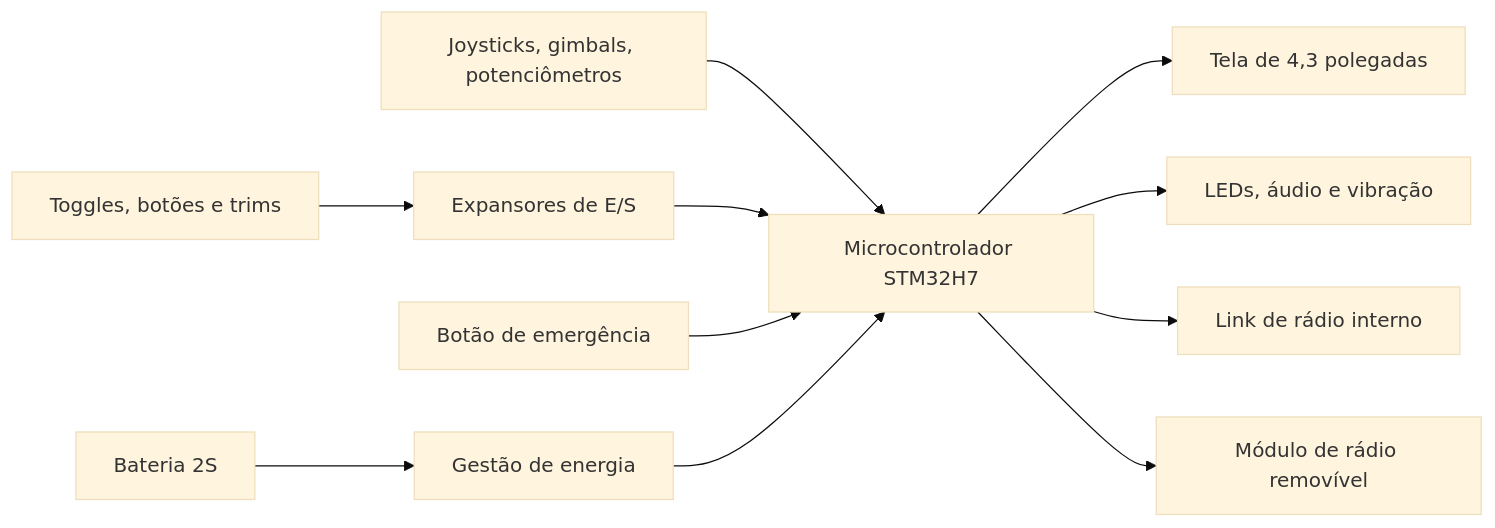
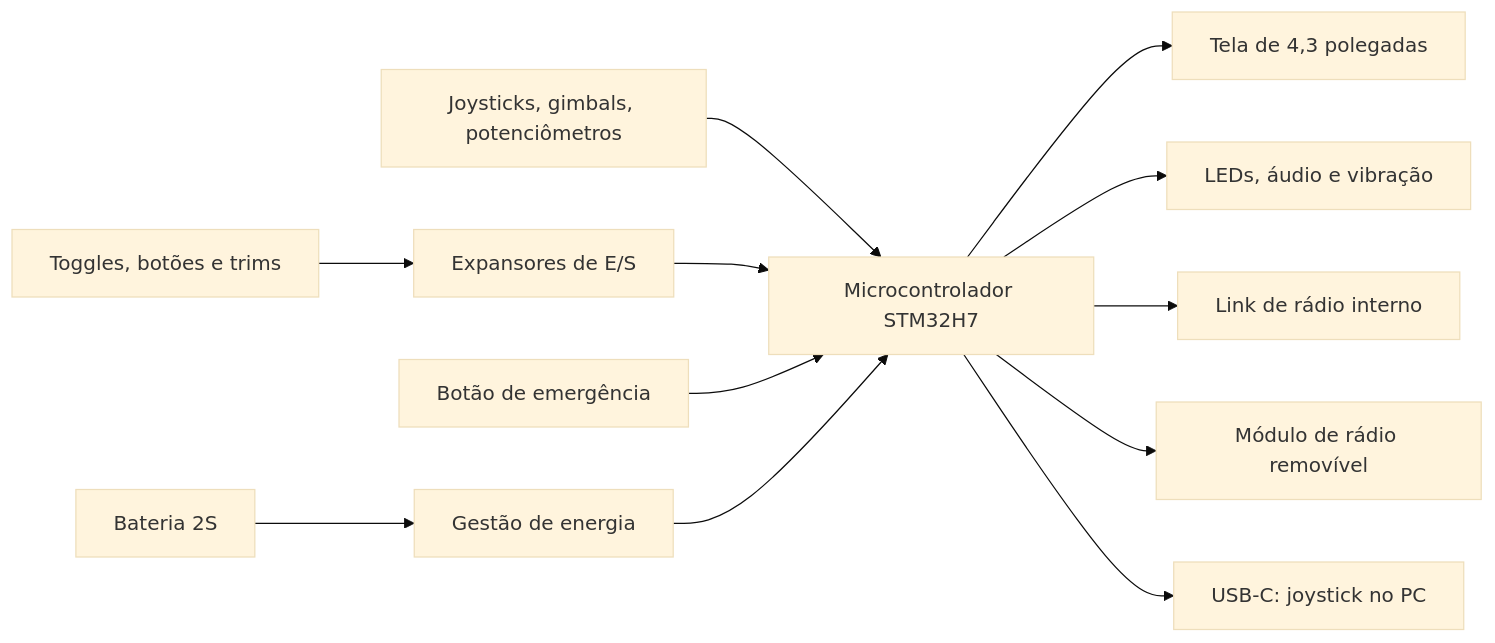
One commit to LRBA86/controle-robotica-showcase changed the diagram in README.md. Above: the diagram before and after it, drawn with Mermaid (base theme). The commit also changed other lines of this file and 9 other files, not shown here.

````diff
--- a/README.md
+++ b/README.md
@@ -37,11 +37,12 @@
 ```mermaid
 flowchart LR
     C[Joysticks, gimbals, potenciômetros] --> MCU[Microcontrolador STM32H7]
     D[Toggles, botões e trims] --> IO[Expansores de E/S] --> MCU
     E[Botão de emergência] --> MCU
     MCU --> T[Tela de 4,3 polegadas]
     MCU --> H[LEDs, áudio e vibração]
     MCU --> L1[Link de rádio interno]
     MCU --> L2[Módulo de rádio removível]
     B[Bateria 2S] --> P[Gestão de energia] --> MCU
+    MCU --> U[USB-C: joystick no PC]
 ```
````
